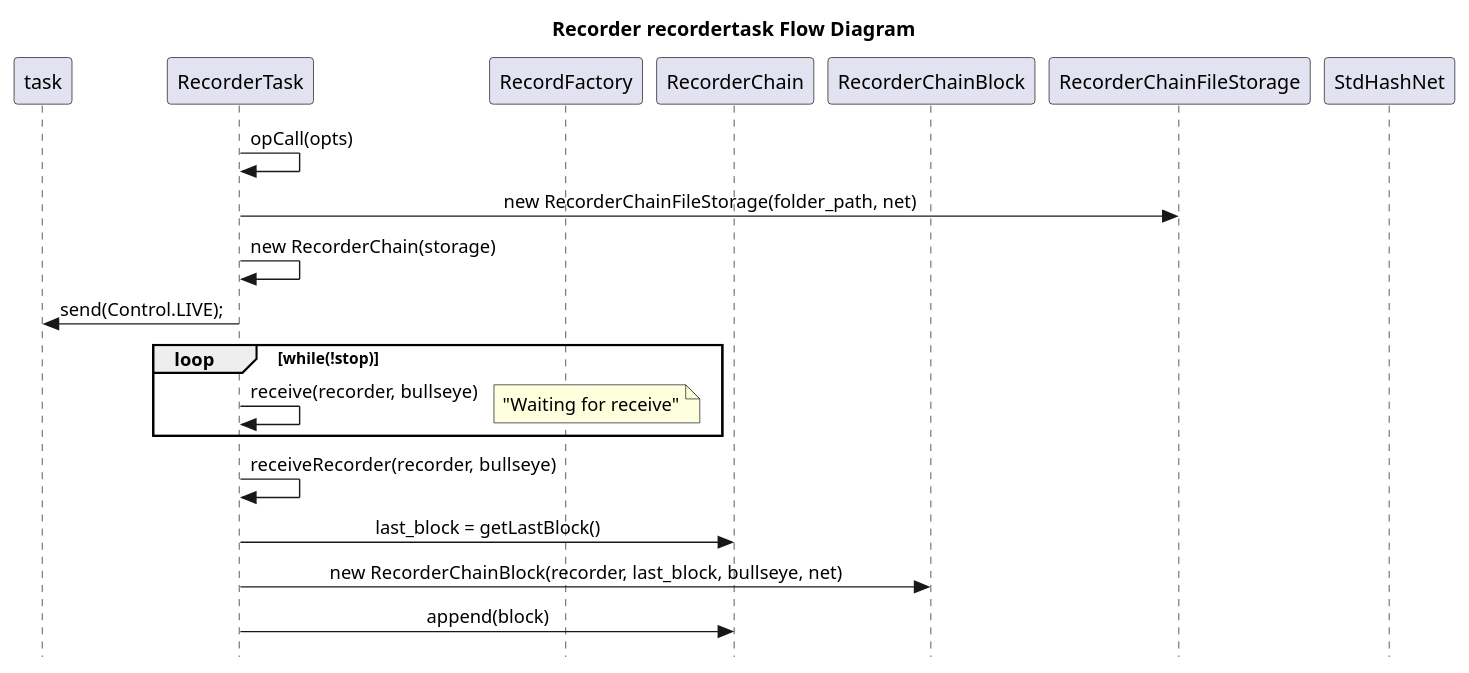
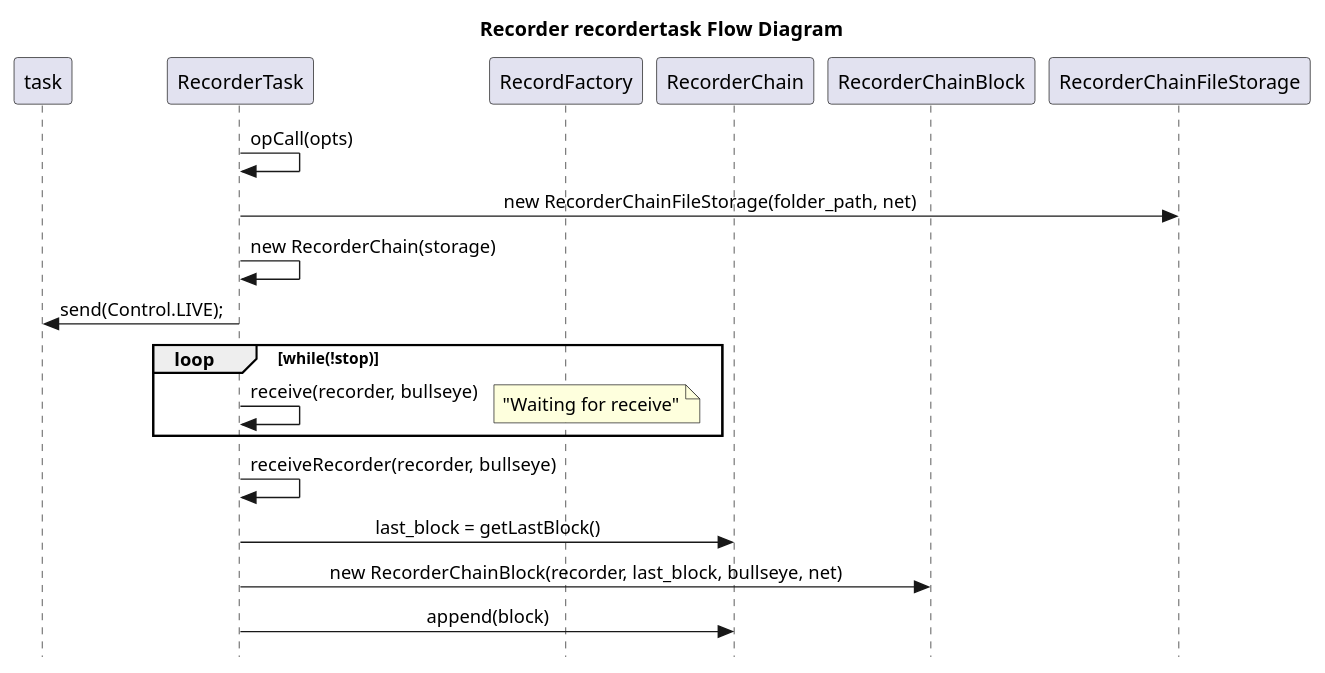
The diagram in src/lib-services/uml/Recorder.wsd (tagion/tagion), drawn with PlantUML before and after one commit.

Commit message:
remove net

```diff
--- a/src/lib-services/uml/Recorder.wsd
+++ b/src/lib-services/uml/Recorder.wsd
@@ -1,30 +1,29 @@
 @startuml
 
 skinparam Style strictuml
 skinparam SequenceMessageAlign center
 hide empty description
 title Recorder recordertask Flow Diagram
 
 participant task
 participant RecorderTask as recordertask
 participant RecordFactory as factory
 participant RecorderChain as chain
 participant RecorderChainBlock as block
 participant RecorderChainFileStorage as storage
-participant StdHashNet as net
 
 recordertask -> recordertask : opCall(opts)
 recordertask -> storage : new RecorderChainFileStorage(folder_path, net)
 recordertask -> recordertask : new RecorderChain(storage)
 recordertask -> task : send(Control.LIVE);
 
 loop while(!stop)
     recordertask -> recordertask : receive(recorder, bullseye)
     note right : "Waiting for receive" 
 end
 recordertask -> recordertask : receiveRecorder(recorder, bullseye)
 recordertask -> chain : last_block = getLastBlock()
 recordertask -> block : new RecorderChainBlock(recorder, last_block, bullseye, net)
 recordertask -> chain : append(block)
 
 @enduml
```
